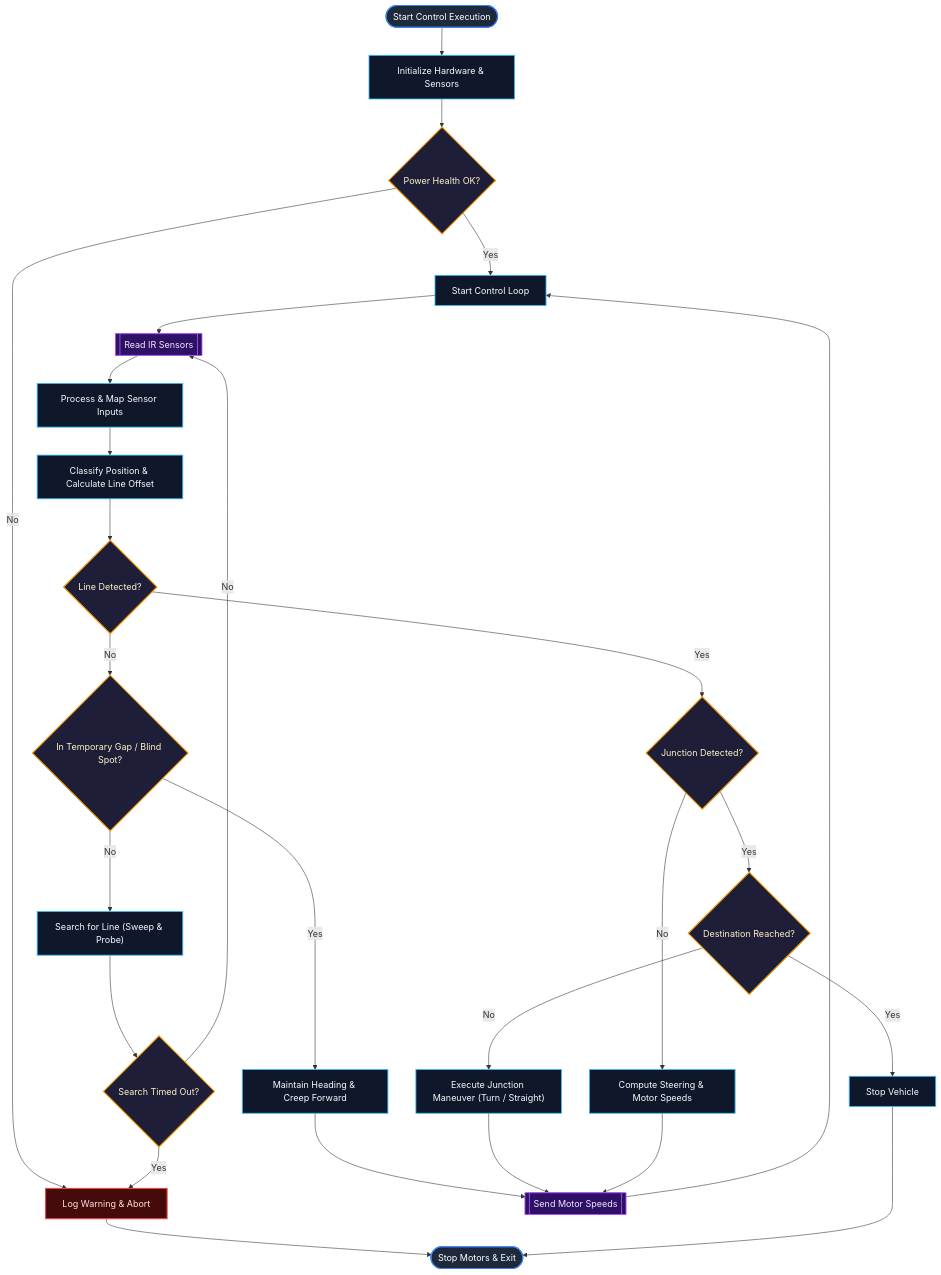
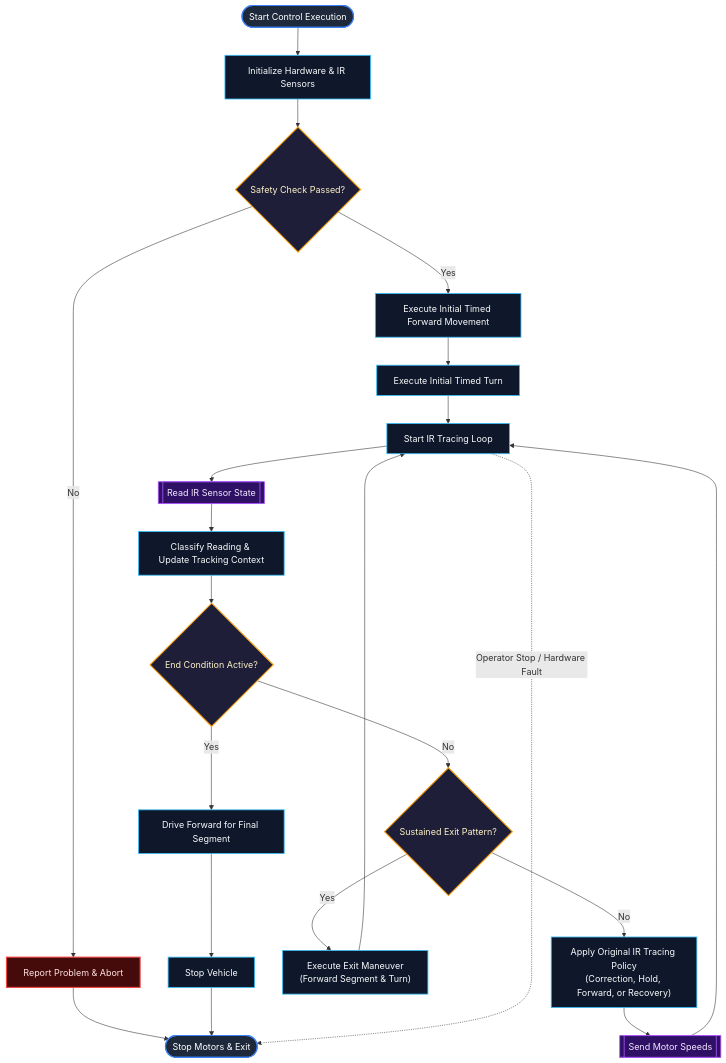
Before and after one commit to 1DannyYu/IRSENSORCAR: the diagram in flowchart.md, drawn with Mermaid. The commit also changed 8 other files, not shown here.

Commit message:
Update IR tracing diagrams and generated artifacts

````diff
--- a/flowchart.md
+++ b/flowchart.md
@@ -3,54 +3,49 @@
 ```mermaid
 flowchart TB
-    Start(["Start Control Execution"]) --> Init["Initialize Hardware & Sensors"]
-    Init --> Preflight{"Power Health OK?"}
-    Preflight -- No --> PowerWarn["Log Warning & Abort"]
-    PowerWarn --> StopExit(["Stop Motors & Exit"])
-    Preflight -- Yes --> LoopStart["Start Control Loop"]
-    LoopStart --> ReadSensors[["Read IR Sensors"]]
-    ReadSensors --> NormIR["Process & Map Sensor Inputs"]
-    NormIR --> ClassifyIR["Classify Position & Calculate Line Offset"]
-    ClassifyIR --> LineVisible{"Line Detected?"}
-    LineVisible -- No --> BlindBand{"In Temporary Gap / Blind Spot?"}
-    BlindBand -- Yes --> MaintainCreep["Maintain Heading & Creep Forward"]
-    MaintainCreep --> DriveMotors[["Send Motor Speeds"]]
-    BlindBand -- No --> SearchMode["Search for Line (Sweep & Probe)"]
-    SearchMode --> SearchTimeout{"Search Timed Out?"}
-    SearchTimeout -- Yes --> PowerWarn
-    SearchTimeout -- No --> ReadSensors
-    LineVisible -- Yes --> JunctionCheck{"Junction Detected?"}
-    JunctionCheck -- Yes --> TargetReached{"Destination Reached?"}
-    TargetReached -- Yes --> FinishRun["Stop Vehicle"]
-    FinishRun --> StopExit
-    TargetReached -- No --> ExecJunction["Execute Junction Maneuver (Turn / Straight)"]
-    ExecJunction --> DriveMotors
-    JunctionCheck -- No --> CalcSpeed["Compute Steering & Motor Speeds"]
-    CalcSpeed --> DriveMotors
+    Start(["Start Control Execution"]) --> Init["Initialize Hardware & IR Sensors"]
+    Init --> Safety{"Safety Check Passed?"}
+    Safety -- No --> SafetyWarn["Report Problem & Abort"]
+    SafetyWarn --> StopExit(["Stop Motors & Exit"])
+    Safety -- Yes --> PhaseAdvance["Execute Initial Timed Forward Movement"]
+    PhaseAdvance --> PhaseTurn["Execute Initial Timed Turn"]
+    PhaseTurn --> LoopStart["Start IR Tracing Loop"]
+
+    LoopStart --> ReadSensors[["Read IR Sensor State"]]
+    ReadSensors --> ProcessIR["Classify Reading & Update Tracking Context"]
+    ProcessIR --> EndCheck{"End Condition Active?"}
+    EndCheck -- Yes --> FinalAdvance["Drive Forward for Final Segment"]
+    FinalAdvance --> FinalStop["Stop Vehicle"]
+    FinalStop --> StopExit
+    EndCheck -- No --> ExitCheck{"Sustained Exit Pattern?"}
+    ExitCheck -- Yes --> ExitManeuver["Execute Exit Maneuver<br/>(Forward Segment & Turn)"]
+    ExitManeuver --> LoopStart
+    ExitCheck -- No --> TracePolicy["Apply Original IR Tracing Policy<br/>(Correction, Hold, Forward, or Recovery)"]
+    TracePolicy --> DriveMotors[["Send Motor Speeds"]]
     DriveMotors --> LoopStart
 
-     Start:::startEnd
-     Init:::process
-     Preflight:::decision
-     PowerWarn:::safety
-     StopExit:::startEnd
-     LoopStart:::process
-     ReadSensors:::io
-     NormIR:::process
-     ClassifyIR:::process
-     LineVisible:::decision
-     BlindBand:::decision
-     MaintainCreep:::process
-     DriveMotors:::io
-     SearchMode:::process
-     SearchTimeout:::decision
-     JunctionCheck:::decision
-     TargetReached:::decision
-     FinishRun:::process
-     ExecJunction:::process
-     CalcSpeed:::process
+    LoopStart -. Operator Stop / Hardware Fault .-> StopExit
+
+    Start:::startEnd
+    Init:::process
+    Safety:::decision
+    SafetyWarn:::safety
+    StopExit:::startEnd
+    PhaseAdvance:::process
+    PhaseTurn:::process
+    LoopStart:::process
+    ReadSensors:::io
+    ProcessIR:::process
+    EndCheck:::decision
+    FinalAdvance:::process
+    FinalStop:::process
+    ExitCheck:::decision
+    ExitManeuver:::process
+    TracePolicy:::process
+    DriveMotors:::io
+
     classDef startEnd fill:#1e293b,stroke:#3b82f6,stroke-width:2px,color:#ffffff
     classDef process fill:#0f172a,stroke:#38bdf8,stroke-width:1.5px,color:#f8fafc
     classDef decision fill:#1e1e38,stroke:#f59e0b,stroke-width:2px,color:#fef3c7
     classDef safety fill:#450a0a,stroke:#ef4444,stroke-width:2px,color:#fee2e2
     classDef io fill:#2e1065,stroke:#a855f7,stroke-width:1.5px,color:#f3e8ff
 ```
````
